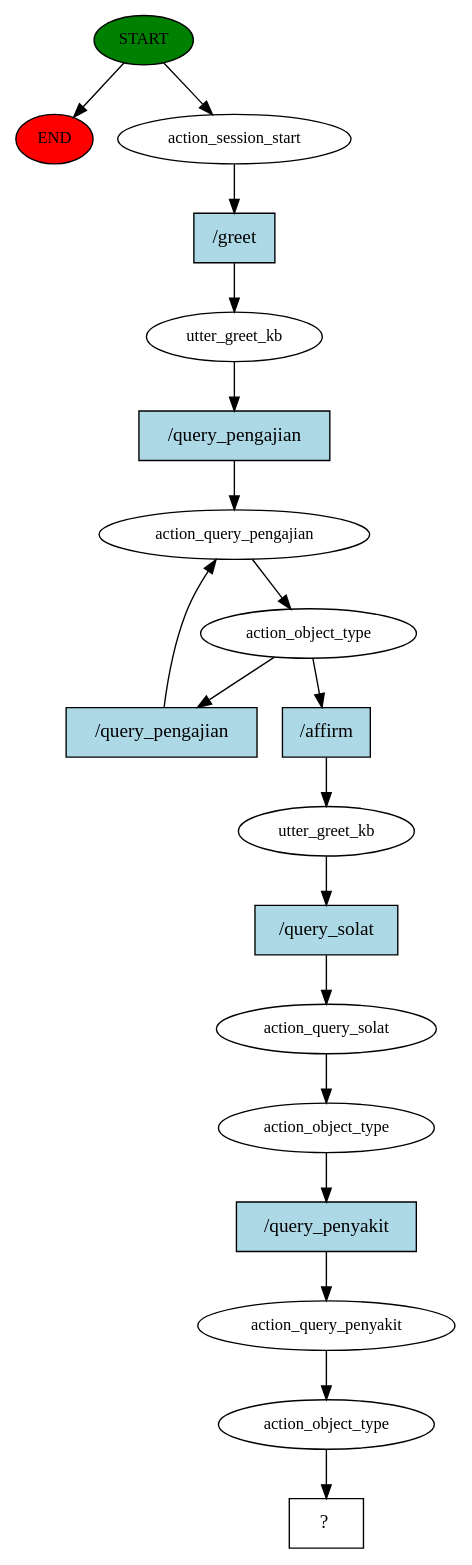
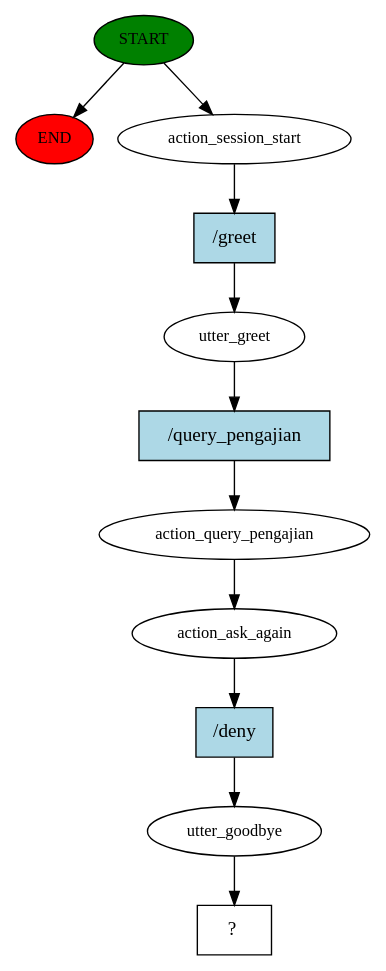
One commit to nantalira/Elder-Companion-Robot changed the diagram in story_graph.dot. Above: the diagram before and after it, drawn with Graphviz. The commit also changed 515 other files, not shown here.

```diff
--- a/story_graph.dot
+++ b/story_graph.dot
@@ -1,38 +1,23 @@
 digraph  {
 0 [class="start active", fillcolor=green, fontsize=12, label=START, style=filled];
 "-1" [class=end, fillcolor=red, fontsize=12, label=END, style=filled];
 1 [class=active, fontsize=12, label=action_session_start];
-2 [class=active, fontsize=12, label=utter_greet_kb];
+2 [class=active, fontsize=12, label=utter_greet];
 3 [class=active, fontsize=12, label=action_query_pengajian];
-4 [class=active, fontsize=12, label=action_object_type];
-7 [class=active, fontsize=12, label=utter_greet_kb];
-8 [class=active, fontsize=12, label=action_query_solat];
-9 [class=active, fontsize=12, label=action_object_type];
-10 [class=active, fontsize=12, label=action_query_penyakit];
-11 [class=active, fontsize=12, label=action_object_type];
-12 [class="intent dashed active", label="  ?  ", shape=rect];
-13 [class="intent active", fillcolor=lightblue, label="/greet", shape=rect, style=filled];
-14 [class="intent active", fillcolor=lightblue, label="/query_pengajian", shape=rect, style=filled];
-15 [class="intent active", fillcolor=lightblue, label="/query_pengajian", shape=rect, style=filled];
-16 [class="intent active", fillcolor=lightblue, label="/affirm", shape=rect, style=filled];
-17 [class="intent active", fillcolor=lightblue, label="/query_solat", shape=rect, style=filled];
-18 [class="intent active", fillcolor=lightblue, label="/query_penyakit", shape=rect, style=filled];
+4 [class=active, fontsize=12, label=action_ask_again];
+5 [class=active, fontsize=12, label=utter_goodbye];
+6 [class="intent dashed active", label="  ?  ", shape=rect];
+7 [class="intent active", fillcolor=lightblue, label="/greet", shape=rect, style=filled];
+8 [class="intent active", fillcolor=lightblue, label="/query_pengajian", shape=rect, style=filled];
+9 [class="intent active", fillcolor=lightblue, label="/deny", shape=rect, style=filled];
 0 -> "-1"  [class="", key=NONE, label=""];
 0 -> 1  [class=active, key=NONE, label=""];
-1 -> 13  [class=active, key=0];
-2 -> 14  [class=active, key=0];
+1 -> 7  [class=active, key=0];
+2 -> 8  [class=active, key=0];
 3 -> 4  [class=active, key=NONE, label=""];
-4 -> 15  [class=active, key=0];
-4 -> 16  [class=active, key=0];
-7 -> 17  [class=active, key=0];
-8 -> 9  [class=active, key=NONE, label=""];
-9 -> 18  [class=active, key=0];
-10 -> 11  [class=active, key=NONE, label=""];
-11 -> 12  [class=active, key=NONE, label=""];
-13 -> 2  [class=active, key=0];
-14 -> 3  [class=active, key=0];
-15 -> 3  [class=active, key=0];
-16 -> 7  [class=active, key=0];
-17 -> 8  [class=active, key=0];
-18 -> 10  [class=active, key=0];
+4 -> 9  [class=active, key=0];
+5 -> 6  [class=active, key=NONE, label=""];
+7 -> 2  [class=active, key=0];
+8 -> 3  [class=active, key=0];
+9 -> 5  [class=active, key=0];
 }
```
